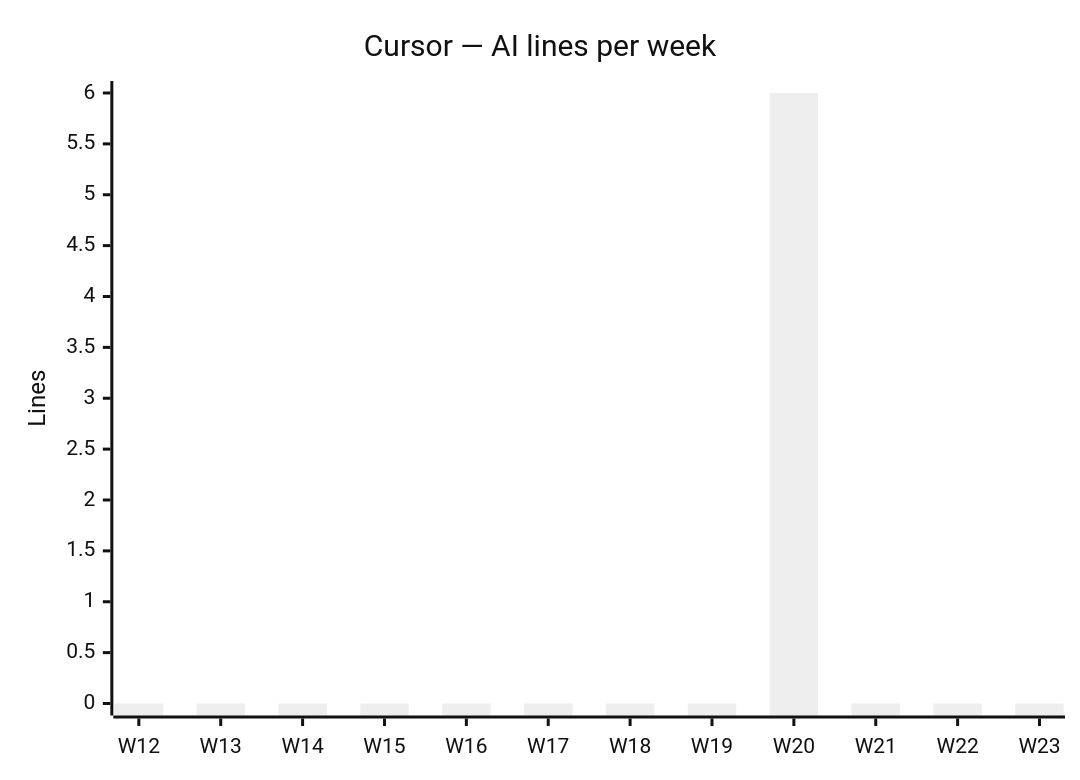
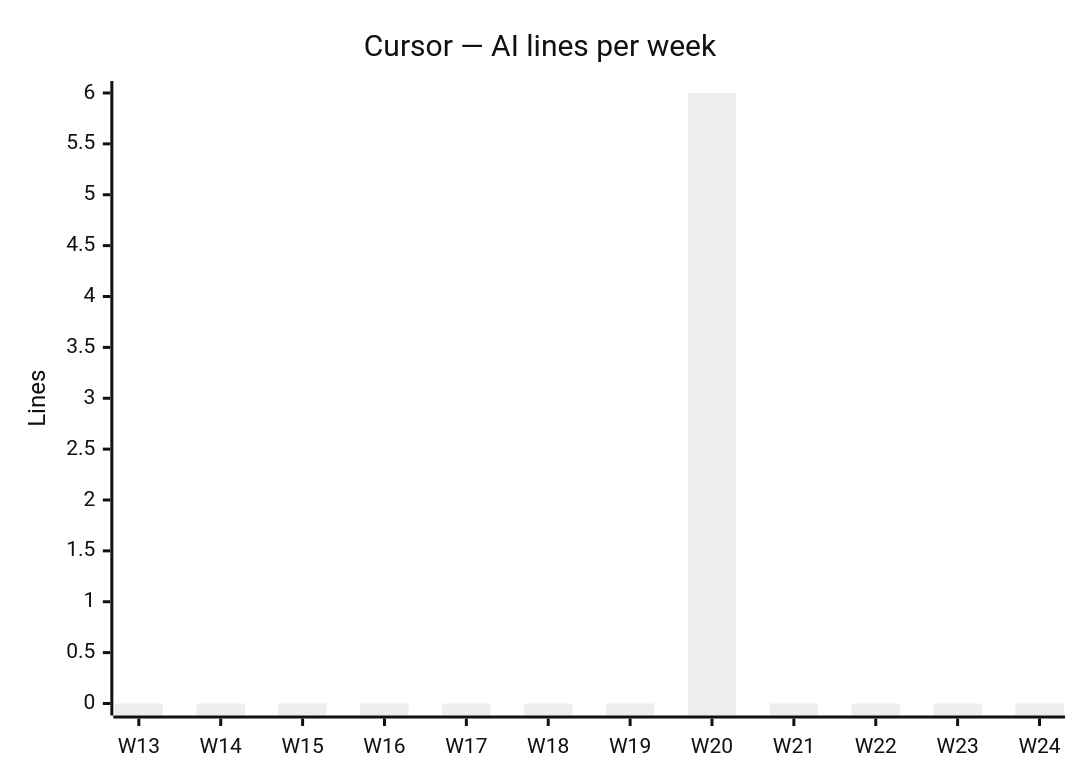
The fourth of 4 diagrams in docs/AI_USAGE.md (fromwaydowntown/ai-use), drawn with Mermaid (neutral theme) before and after one commit. The commit also changed other lines of this file, not shown here.

````diff
--- a/docs/AI_USAGE.md
+++ b/docs/AI_USAGE.md
@@ -49,7 +49,7 @@
 ```mermaid
 xychart-beta
     title "Cursor — AI lines per week"
-    x-axis ["W12", "W13", "W14", "W15", "W16", "W17", "W18", "W19", "W20", "W21", "W22", "W23"]
+    x-axis ["W13", "W14", "W15", "W16", "W17", "W18", "W19", "W20", "W21", "W22", "W23", "W24"]
     y-axis "Lines"
-    bar [0, 0, 0, 0, 0, 0, 0, 0, 6, 0, 0, 0]
+    bar [0, 0, 0, 0, 0, 0, 0, 6, 0, 0, 0, 0]
 ```
````
